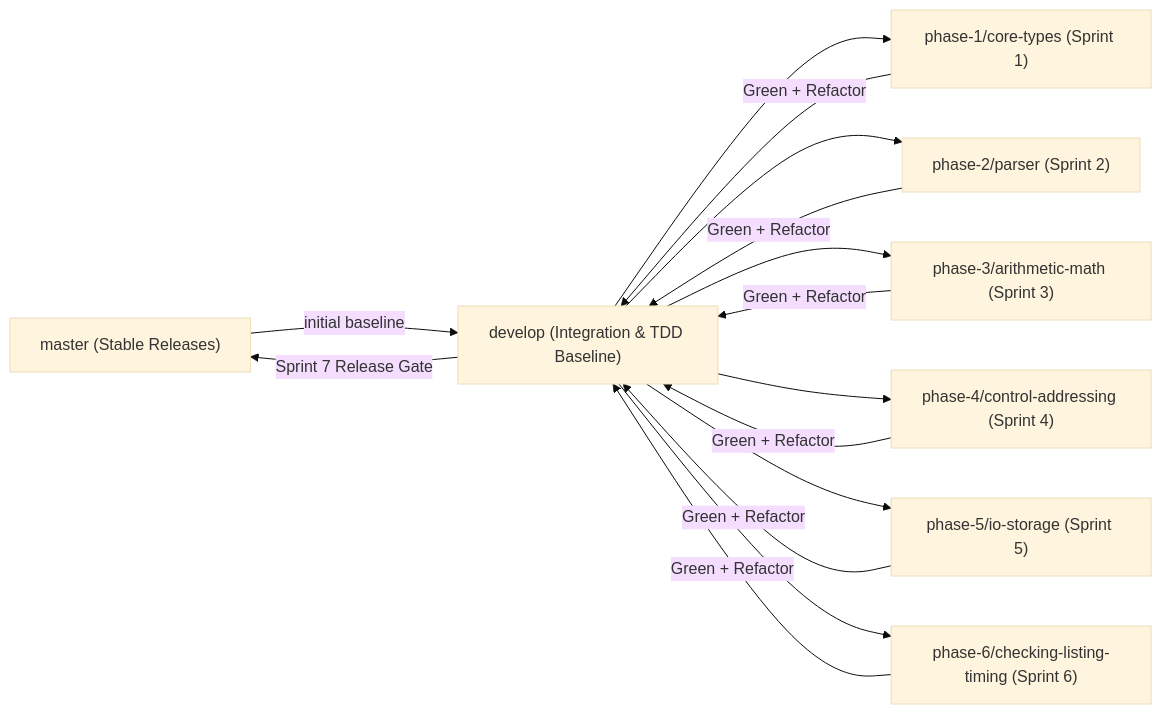
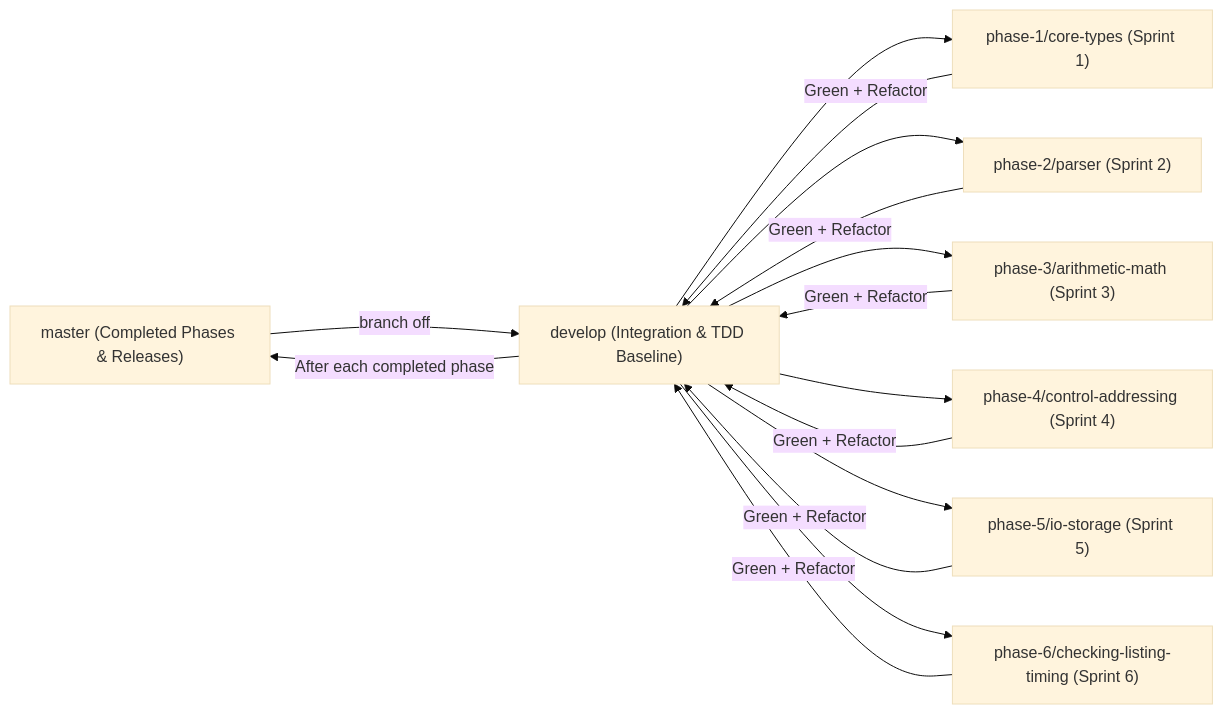
One commit to Mr-Kumar-Abhishek/speedcoding changed the first of 2 diagrams in docs/TIMELINE-AND-BRANCHES.md. Above: the diagram before and after it, drawn with Mermaid (base theme). The commit also changed other lines of this file and 3 other files, not shown here.

Commit message:
Update workflow docs so each completed phase merges into master

````diff
--- a/docs/TIMELINE-AND-BRANCHES.md
+++ b/docs/TIMELINE-AND-BRANCHES.md
@@ -9,26 +9,26 @@
 ```mermaid
 flowchart LR
-    M["master (Stable Releases)"]
+    M["master (Completed Phases & Releases)"]
     D["develop (Integration & TDD Baseline)"]
     P1["phase-1/core-types (Sprint 1)"]
     P2["phase-2/parser (Sprint 2)"]
     P3["phase-3/arithmetic-math (Sprint 3)"]
     P4["phase-4/control-addressing (Sprint 4)"]
     P5["phase-5/io-storage (Sprint 5)"]
     P6["phase-6/checking-listing-timing (Sprint 6)"]
 
-    M -->|initial baseline| D
+    M -->|branch off| D
     D --> P1
     D --> P2
     D --> P3
     D --> P4
     D --> P5
     D --> P6
     P1 -->|Green + Refactor| D
     P2 -->|Green + Refactor| D
     P3 -->|Green + Refactor| D
     P4 -->|Green + Refactor| D
     P5 -->|Green + Refactor| D
     P6 -->|Green + Refactor| D
-    D -->|Sprint 7 Release Gate| M
+    D -->|After each completed phase| M
 ```
````
